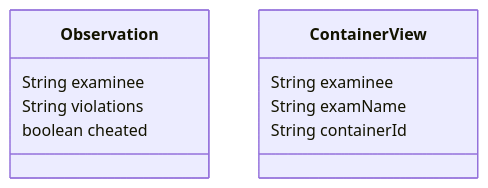
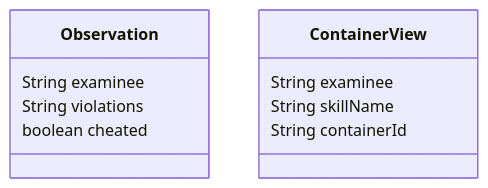
One commit to Provve/back changed the sixth of 6 diagrams in README.md. Above: the diagram before and after it, drawn with Mermaid. The commit also changed other lines of this file and 4 other files, not shown here.

````diff
--- a/README.md
+++ b/README.md
@@ -209,14 +210,14 @@
 ```mermaid
 classDiagram
     class Observation {
         String examinee
         String violations
         boolean cheated
     }
 
     class ContainerView {
         String examinee
-        String examName
+        String skillName
         String containerId
     }
 ```
````
